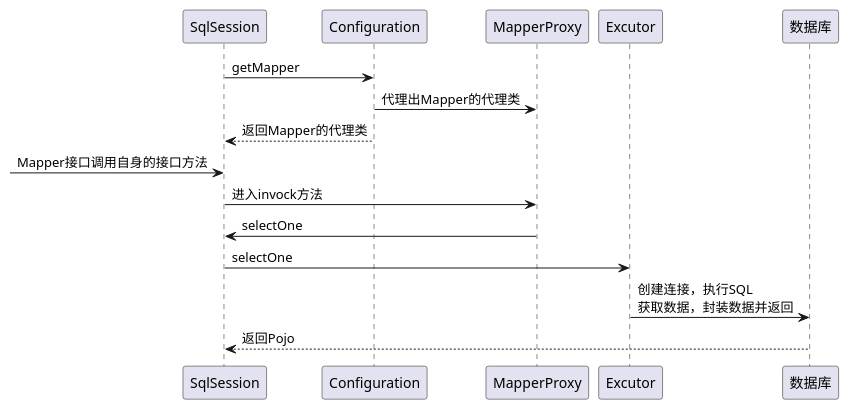
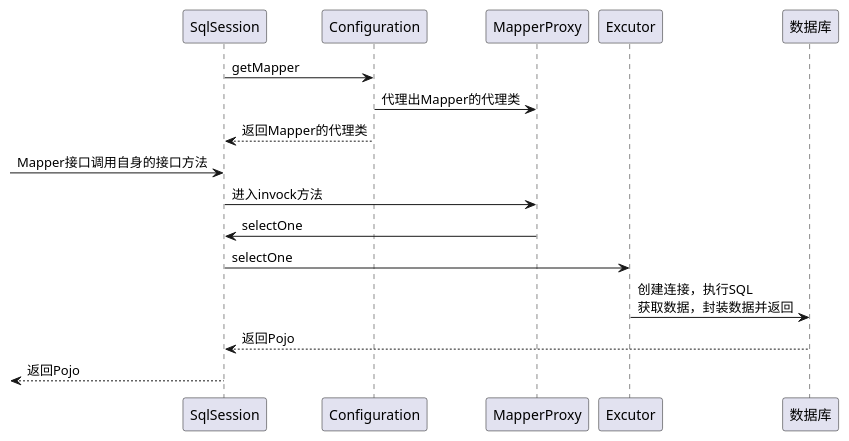
The diagram in README.md (Lanboo/XychBatis), drawn with PlantUML before and after one commit. The commit also changed other lines of this file, not shown here.

````diff
--- a/README.md
+++ b/README.md
@@ -53,13 +53,14 @@
 ``` plantuml
 @startuml
 SqlSession -> Configuration : getMapper
 Configuration -> MapperProxy : 代理出Mapper的代理类
 SqlSession <-- Configuration : 返回Mapper的代理类
 [->SqlSession : Mapper接口调用自身的接口方法
 SqlSession -> MapperProxy : 进入invock方法
 MapperProxy -> SqlSession : selectOne
 SqlSession -> Excutor : selectOne
 Excutor -> 数据库 : 创建连接，执行SQL\n获取数据，封装数据并返回
 SqlSession <-- 数据库 : 返回Pojo
+[<--SqlSession : 返回Pojo
 @enduml
 ```
````
